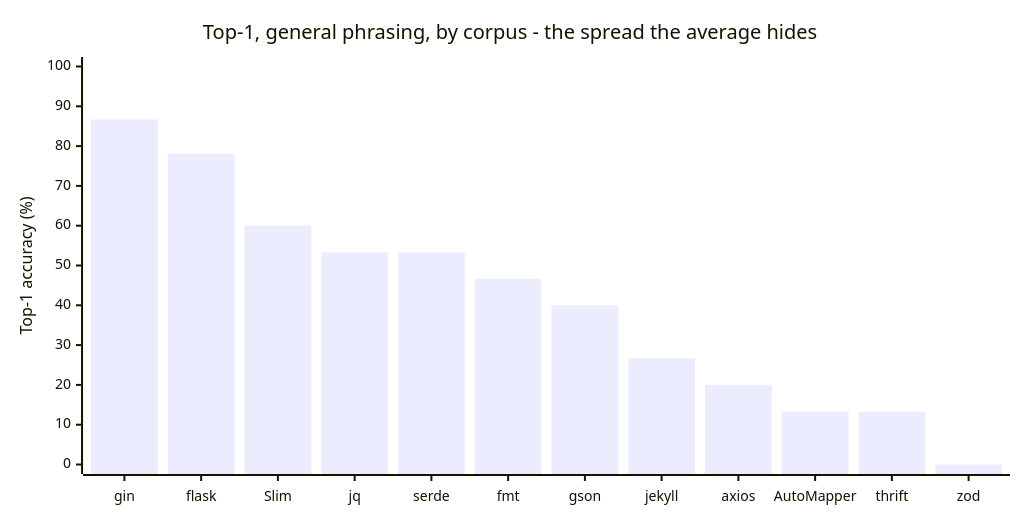
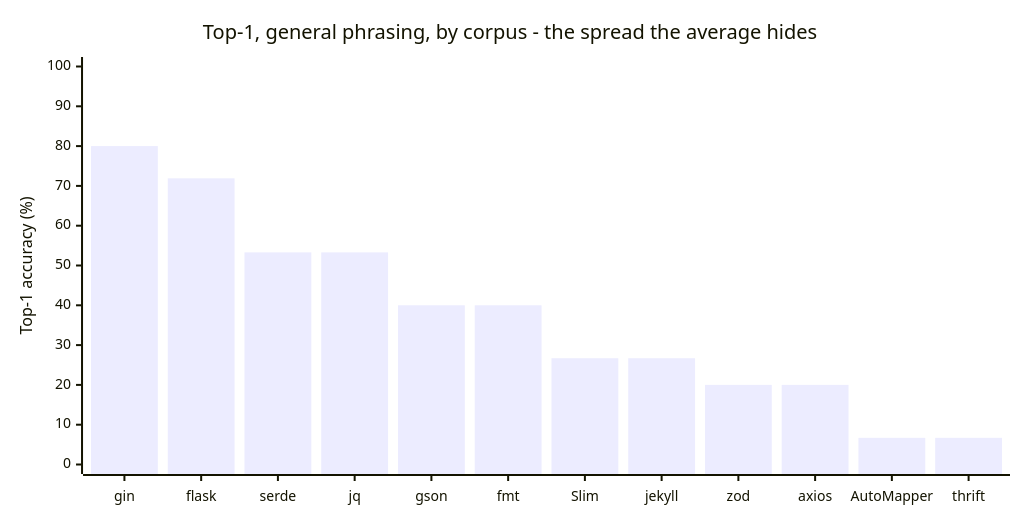
The second of 8 diagrams in README.md (Aletheore/aletheore-benchmarks), drawn with Mermaid before and after one commit. The commit also changed other lines of this file and 3 other files, not shown here.

````diff
--- a/README.md
+++ b/README.md
@@ -145,8 +124,8 @@
 ```mermaid
 %%{init: {"xyChart": {"width": 1000, "height": 500}}}%%
 xychart-beta
     title "Top-1, general phrasing, by corpus - the spread the average hides"
-    x-axis [gin, flask, Slim, jq, serde, fmt, gson, jekyll, axios, AutoMapper, thrift, zod]
+    x-axis [gin, flask, serde, jq, gson, fmt, Slim, jekyll, zod, axios, AutoMapper, thrift]
     y-axis "Top-1 accuracy (%)" 0 --> 100
-    bar [86.7, 78.1, 60.0, 53.3, 53.3, 46.7, 40.0, 26.7, 20.0, 13.3, 13.3, 0.0]
+    bar [80.0, 71.9, 53.3, 53.3, 40.0, 40.0, 26.7, 26.7, 20.0, 20.0, 6.7, 6.7]
 ```
````
